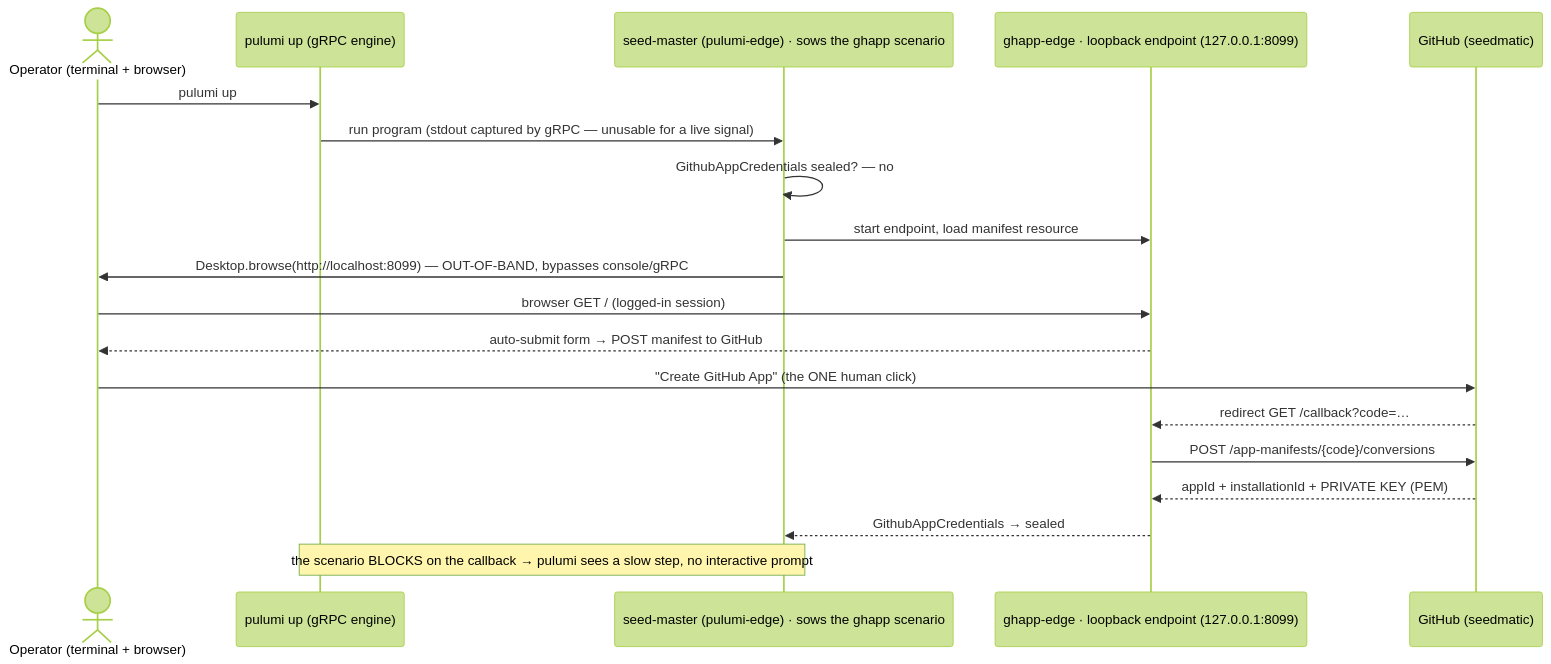
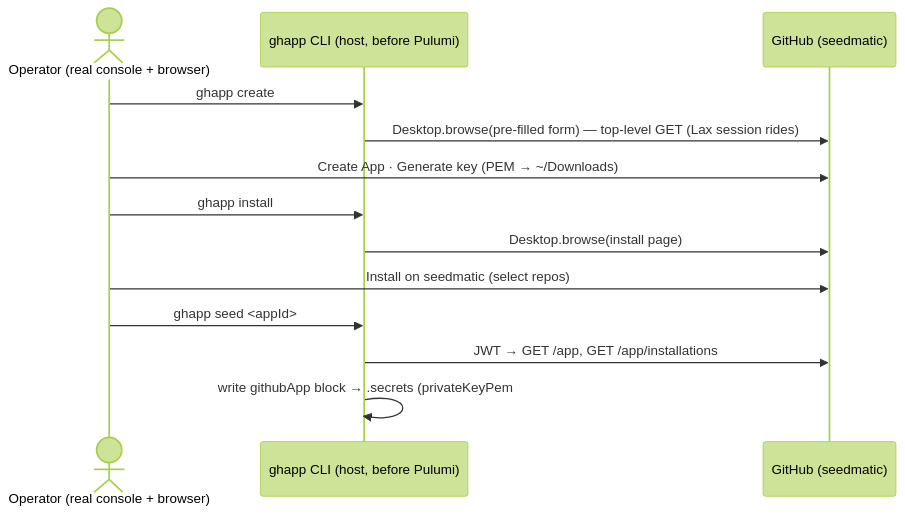
One commit to nxmatic/rke2lab changed the first of 4 diagrams in docs/architecture/osgi/ghapp-domain-spec.adoc. Above: the diagram before and after it, drawn with Mermaid (forest theme). The commit also changed other lines of this file and 25 other files, not shown here.

```diff
--- a/docs/architecture/osgi/ghapp-domain-spec.adoc
+++ b/docs/architecture/osgi/ghapp-domain-spec.adoc
@@ -108,22 +119,16 @@
-[mermaid,ghapp-declare,svg]
+[mermaid,ghapp-cli,svg]
 ----
 sequenceDiagram
-  actor OP as Operator (terminal + browser)
-  participant PU as pulumi up (gRPC engine)
-  participant SM as seed-master (pulumi-edge) · sows the ghapp scenario
-  participant EP as ghapp-edge · loopback endpoint (127.0.0.1:8099)
+  actor OP as Operator (real console + browser)
+  participant CLI as ghapp CLI (host, before Pulumi)
   participant GH as GitHub (seedmatic)
-  OP->>PU: pulumi up
-  PU->>SM: run program (stdout captured by gRPC — unusable for a live signal)
-  SM->>SM: GithubAppCredentials sealed? — no
-  SM->>EP: start endpoint, load manifest resource
-  SM->>OP: Desktop.browse(http://localhost:8099) — OUT-OF-BAND, bypasses console/gRPC
-  OP->>EP: browser GET / (logged-in session)
-  EP-->>OP: auto-submit form → POST manifest to GitHub
-  OP->>GH: "Create GitHub App" (the ONE human click)
-  GH-->>EP: redirect GET /callback?code=…
-  EP->>GH: POST /app-manifests/{code}/conversions
-  GH-->>EP: appId + installationId + PRIVATE KEY (PEM)
-  EP-->>SM: GithubAppCredentials → sealed
-  Note over PU,SM: the scenario BLOCKS on the callback → pulumi sees a slow step, no interactive prompt
+  OP->>CLI: ghapp create
+  CLI->>GH: Desktop.browse(pre-filled form) — top-level GET (Lax session rides)
+  OP->>GH: Create App · Generate key (PEM → ~/Downloads)
+  OP->>CLI: ghapp install
+  CLI->>GH: Desktop.browse(install page)
+  OP->>GH: Install on seedmatic (select repos)
+  OP->>CLI: ghapp seed <appId>
+  CLI->>GH: JWT → GET /app, GET /app/installations
+  CLI->>CLI: write githubApp block → .secrets (privateKeyPem # sops:encrypted)
 ----
```
